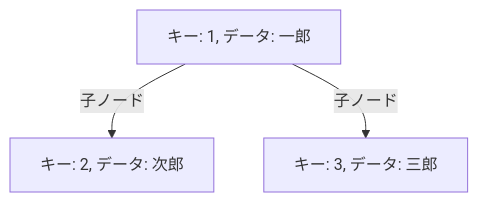
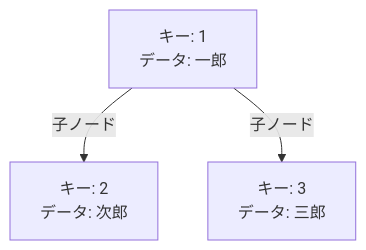
One commit to calloc134/zenn-dir changed the first of 9 diagrams in articles/4f96b0fe093489.md. Above: the diagram before and after it, drawn with Mermaid. The commit also changed other lines of this file, not shown here.

````diff
--- a/articles/4f96b0fe093489.md
+++ b/articles/4f96b0fe093489.md
@@ -58,6 +60,7 @@
 ```mermaid
 graph TD
-    A["キー: 1, データ: 一郎"] -->|子ノード| B["キー: 2, データ: 次郎"]
-    A -->|子ノード| C["キー: 3, データ: 三郎"]
+
+    A["キー: 1<br> データ: 一郎"] -->|子ノード| B["キー: 2<br>データ: 次郎"]
+    A -->|子ノード| C["キー: 3<br>データ: 三郎"]
 
 ```
````
